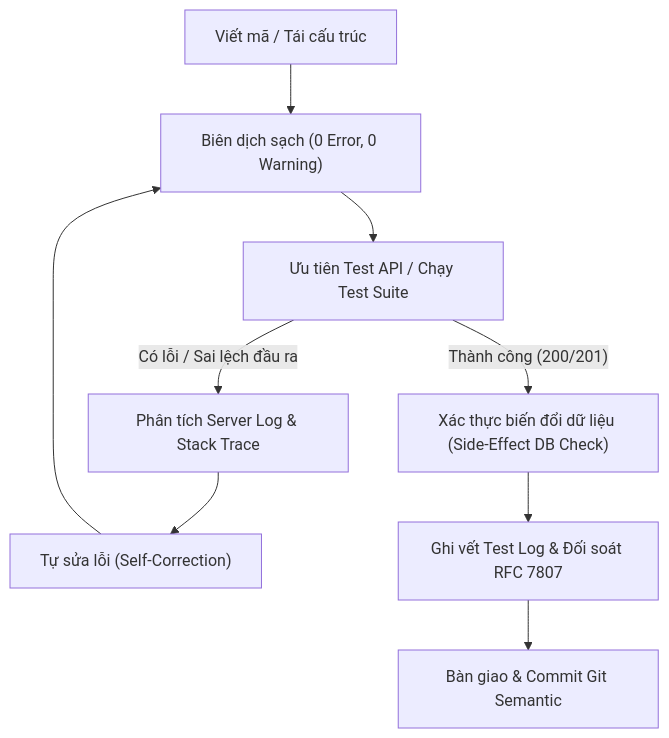
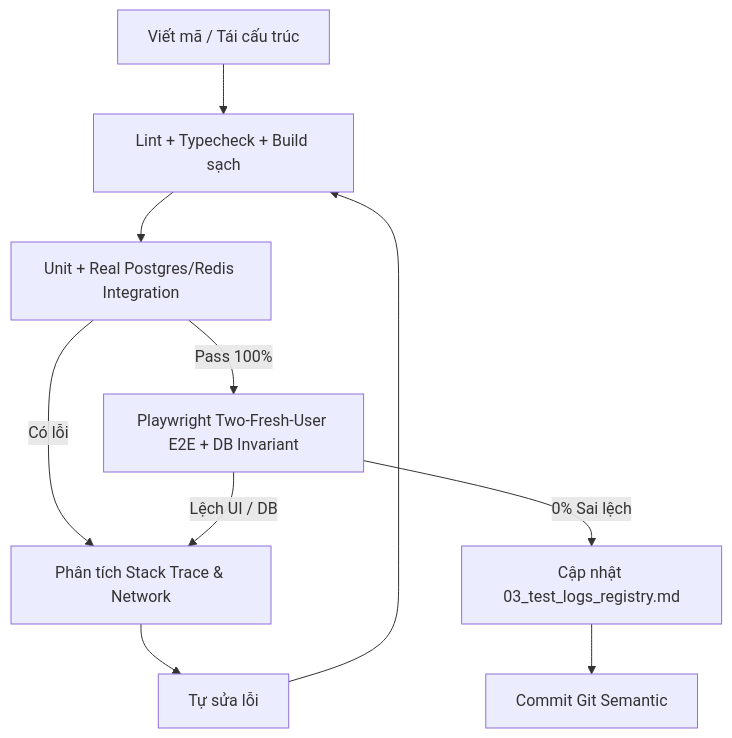
One commit to mjjyv/acad_devOps-project changed the second of 2 diagrams in AGENT.md. Above: the diagram before and after it, drawn with Mermaid. The commit also changed other lines of this file and 168 other files, not shown here.

````diff
--- a/AGENT.md
+++ b/AGENT.md
@@ -146,11 +151,12 @@
 ```mermaid
 flowchart TD
-    Code["Viết mã / Tái cấu trúc"] --> Build["Biên dịch sạch (0 Error, 0 Warning)"]
-    Build --> Test["Ưu tiên Test API / Chạy Test Suite"]
-    Test -- "Có lỗi / Sai lệch đầu ra" --> Diag["Phân tích Server Log & Stack Trace"]
-    Diag --> Heal["Tự sửa lỗi (Self-Correction)"]
+    Code["Viết mã / Tái cấu trúc"] --> Build["Lint + Typecheck + Build sạch"]
+    Build --> Test["Unit + Real Postgres/Redis Integration"]
+    Test -- "Có lỗi" --> Diag["Phân tích Stack Trace & Network"]
+    Diag --> Heal["Tự sửa lỗi"]
     Heal --> Build
-    Test -- "Thành công (200/201)" --> SideEffect["Xác thực biến đổi dữ liệu (Side-Effect DB Check)"]
-    SideEffect --> Log["Ghi vết Test Log & Đối soát RFC 7807"]
-    Log --> Commit["Bàn giao & Commit Git Semantic"]
+    Test -- "Pass 100%" --> E2E["Playwright Two-Fresh-User E2E + DB Invariant"]
+    E2E -- "Lệch UI / DB" --> Diag
+    E2E -- "0% Sai lệch" --> Log["Cập nhật 03_test_logs_registry.md"]
+    Log --> Commit["Commit Git Semantic"]
 ```
````
